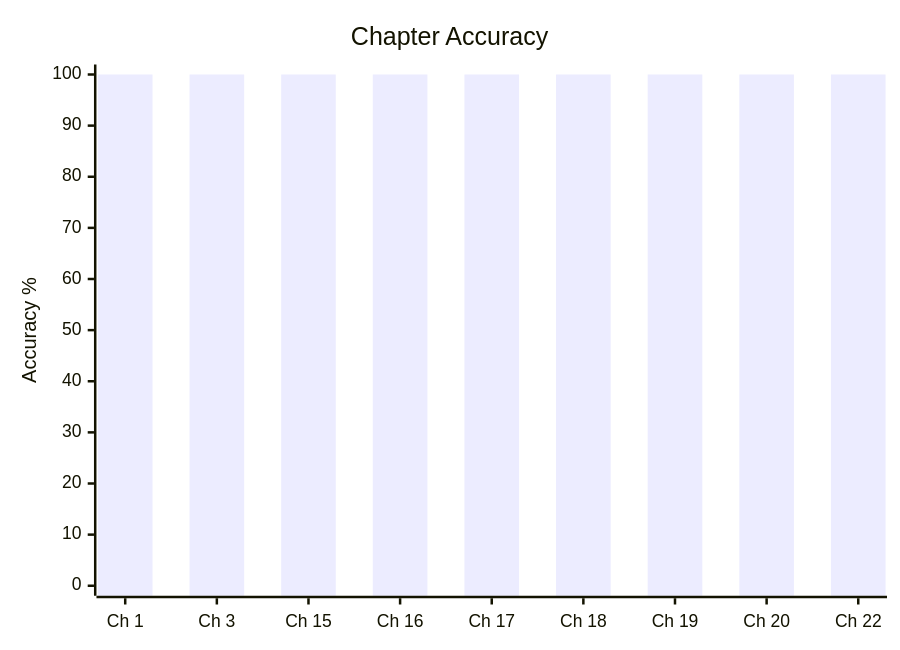
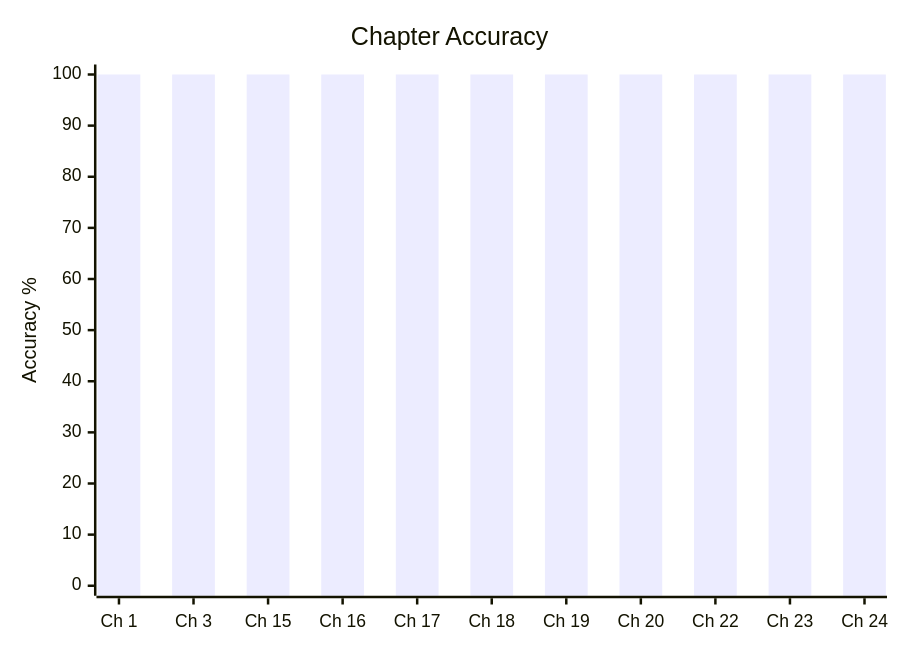
The first of 2 diagrams in content/cds/math/math_overview.md (skc-coder/SAGE), drawn with Mermaid before and after one commit. The commit also changed other lines of this file and 9 other files, not shown here.

````diff
--- a/content/cds/math/math_overview.md
+++ b/content/cds/math/math_overview.md
@@ -30,7 +32,7 @@
 ```mermaid
 xychart-beta
     title "Chapter Accuracy"
-    x-axis ["Ch 1", "Ch 3", "Ch 15", "Ch 16", "Ch 17", "Ch 18", "Ch 19", "Ch 20", "Ch 22"]
+    x-axis ["Ch 1", "Ch 3", "Ch 15", "Ch 16", "Ch 17", "Ch 18", "Ch 19", "Ch 20", "Ch 22", "Ch 23", "Ch 24"]
     y-axis "Accuracy %" 0 --> 100
-    bar [100, 100, 100, 100, 100, 100, 100, 100, 100]
+    bar [100, 100, 100, 100, 100, 100, 100, 100, 100, 100, 100]
 ```
````
